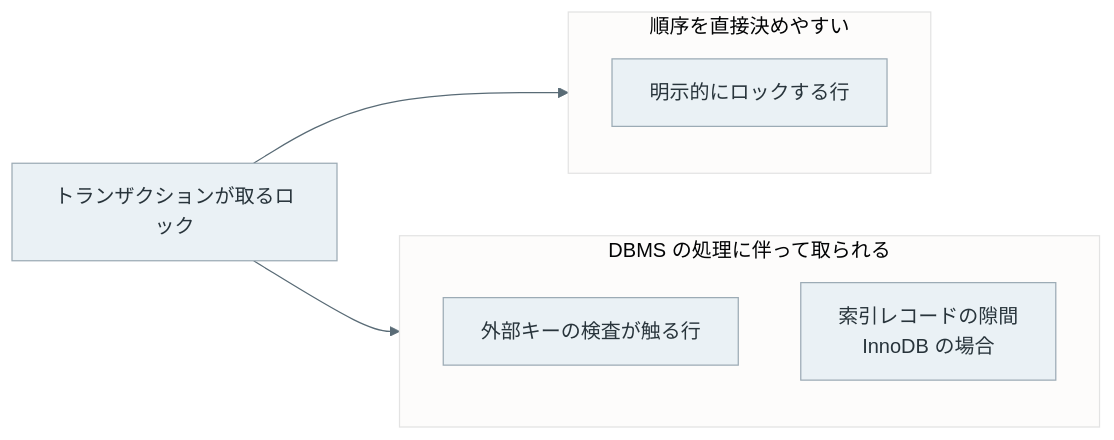
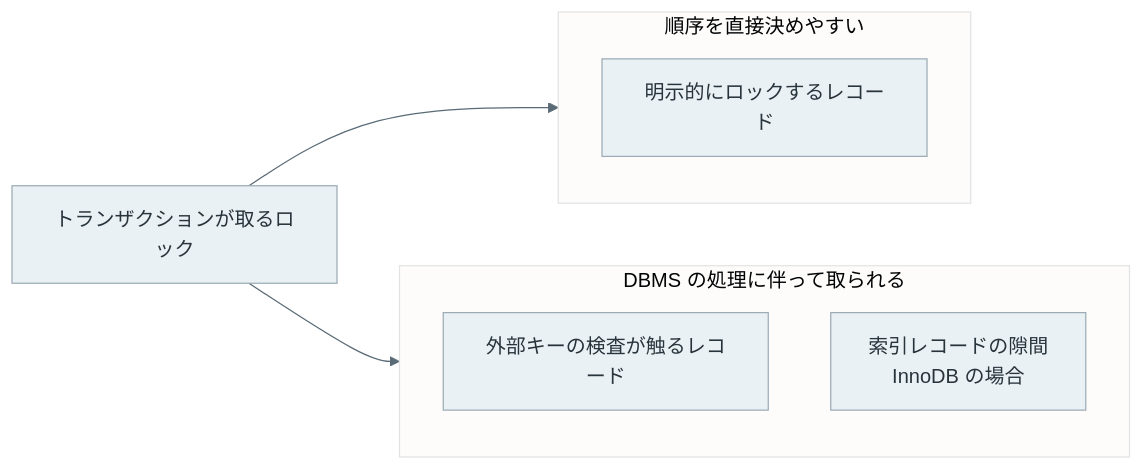
The fifth of 7 diagrams in content/notes/database-systems/deadlock/index.md (nao1215/debimate), drawn with Mermaid before and after one commit. The commit also changed other lines of this file and 125 other files, not shown here.

````diff
--- a/content/notes/database-systems/deadlock/index.md
+++ b/content/notes/database-systems/deadlock/index.md
@@ -208,14 +210,14 @@
 ```mermaid
 %%{init: {"theme":"base","themeVariables":{"primaryColor":"#eaf1f5","primaryTextColor":"#28343b","primaryBorderColor":"#9cabb5","lineColor":"#596b76","textColor":"#28343b","actorBkg":"#eaf1f5","actorBorder":"#9cabb5","actorTextColor":"#28343b","actorLineColor":"#9cabb5","signalColor":"#596b76","signalTextColor":"#28343b","noteBkgColor":"#f7f1e5","noteBorderColor":"#c5b99b","noteTextColor":"#403c32","activationBkgColor":"#edf3ef","activationBorderColor":"#9aafa1"}}}%%
 flowchart LR
     T["トランザクションが取るロック"] --> A
     T --> B
     subgraph A["順序を直接決めやすい"]
-        R["明示的にロックする行"]
+        R["明示的にロックするレコード"]
     end
     subgraph B["DBMS の処理に伴って取られる"]
-        F["外部キーの検査が触る行"]
+        F["外部キーの検査が触るレコード"]
         G["索引レコードの隙間<br/>InnoDB の場合"]
     end
     classDef default fill:#eaf1f5,stroke:#9cabb5,color:#28343b;
 ```
````
